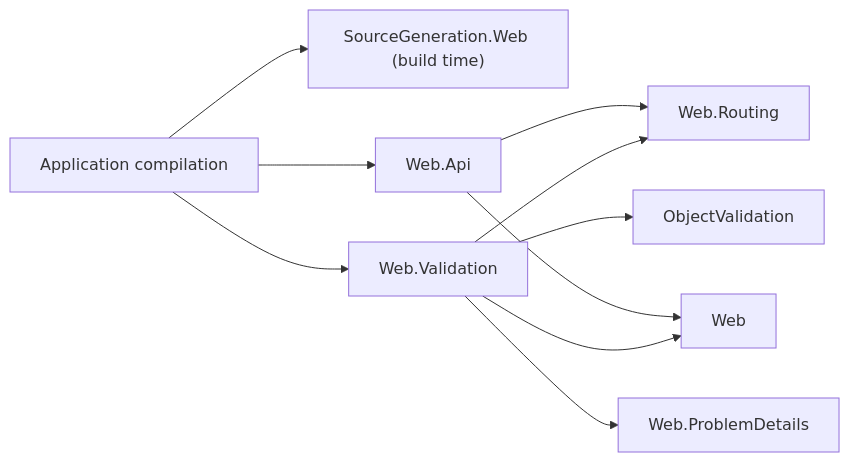
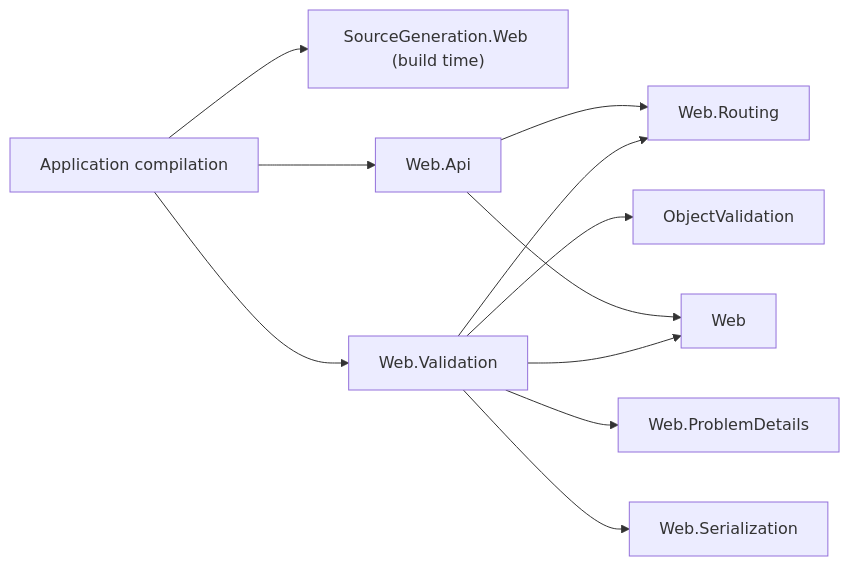
One commit to assimalign/cohesion-docs changed the diagram in docs/dotnet-apis/resources/web/assimalign-cohesion-web-validation/design.md. Above: the diagram before and after it, drawn with Mermaid. The commit also changed other lines of this file and 107 other files, not shown here.

````diff
--- a/docs/dotnet-apis/resources/web/assimalign-cohesion-web-validation/design.md
+++ b/docs/dotnet-apis/resources/web/assimalign-cohesion-web-validation/design.md
@@ -50,12 +50,13 @@
 ```mermaid
 flowchart LR
     App["Application compilation"] --> Generator["SourceGeneration.Web (build time)"]
     App --> WebApi["Web.Api"]
     App --> Validation["Web.Validation"]
     Validation --> ObjectValidation["ObjectValidation"]
     Validation --> Routing["Web.Routing"]
     Validation --> ProblemDetails["Web.ProblemDetails"]
+    Validation --> Serialization["Web.Serialization"]
     Validation --> Web["Web"]
     WebApi --> Routing
     WebApi --> Web
 ```
````
